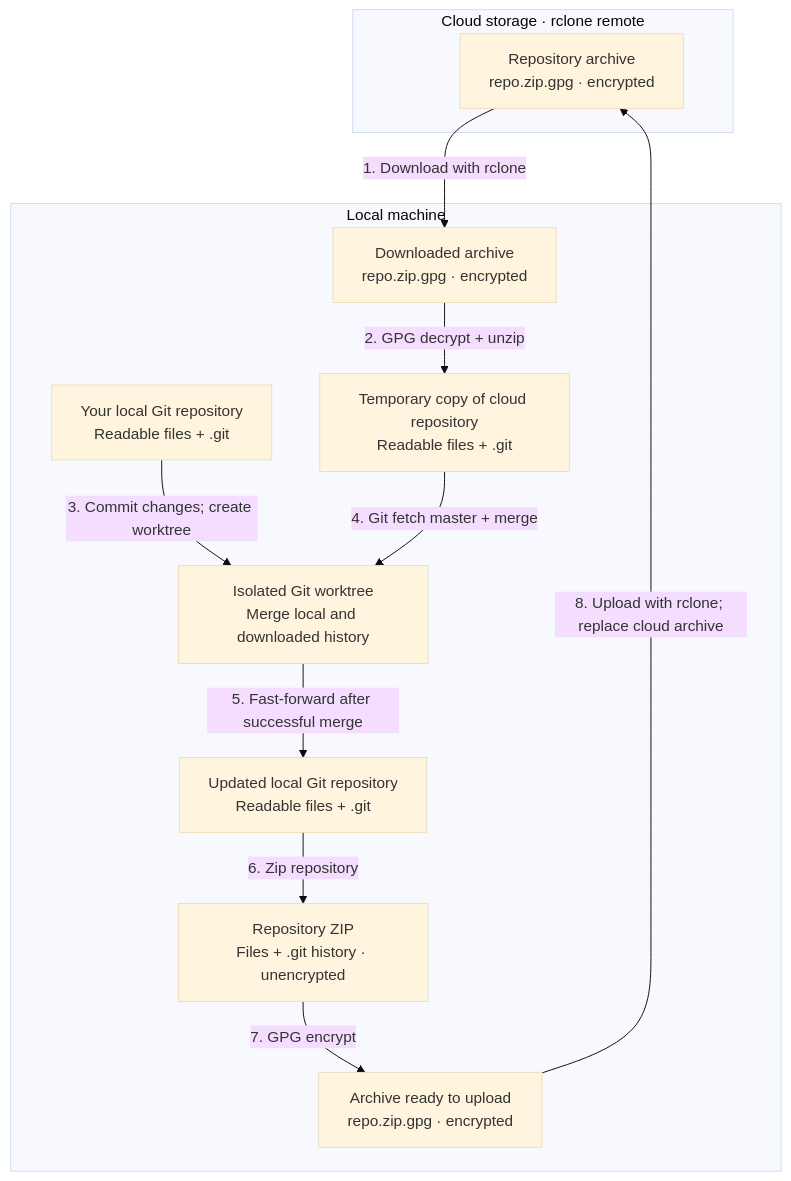
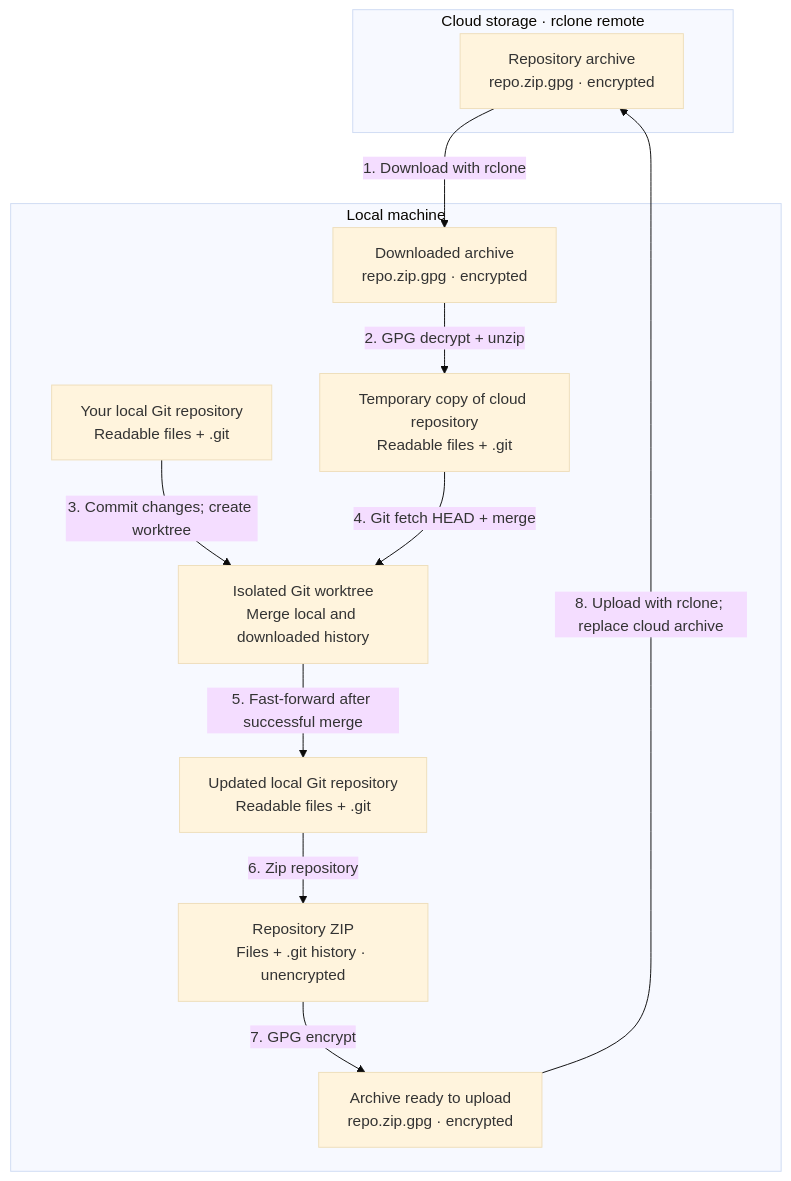
Before and after one commit to thisismygitrepo/stackops: the diagram in docs/cli/devops.md, drawn with Mermaid (base theme). The commit also changed other lines of this file and 89 other files, not shown here.

````diff
--- a/docs/cli/devops.md
+++ b/docs/cli/devops.md
@@ -178,26 +196,26 @@
 ```mermaid
 flowchart TB
     subgraph cloud["Cloud storage · rclone remote"]
         remote["Repository archive<br/>repo.zip.gpg · encrypted"]
     end
 
     subgraph machine["Local machine"]
         downloaded["Downloaded archive<br/>repo.zip.gpg · encrypted"]
         copy["Temporary copy of cloud repository<br/>Readable files + .git"]
         local["Your local Git repository<br/>Readable files + .git"]
         integration["Isolated Git worktree<br/>Merge local and downloaded history"]
         updated["Updated local Git repository<br/>Readable files + .git"]
         archive["Repository ZIP<br/>Files + .git history · unencrypted"]
         encrypted["Archive ready to upload<br/>repo.zip.gpg · encrypted"]
 
         downloaded -->|"2. GPG decrypt + unzip"| copy
         local -->|"3. Commit changes; create worktree"| integration
-        copy -->|"4. Git fetch master + merge"| integration
+        copy -->|"4. Git fetch HEAD + merge"| integration
         integration -->|"5. Fast-forward after successful merge"| updated
         updated -->|"6. Zip repository"| archive
         archive -->|"7. GPG encrypt"| encrypted
     end
 
     remote -->|"1. Download with rclone"| downloaded
     encrypted -->|"8. Upload with rclone; replace cloud archive"| remote
 ```
````
